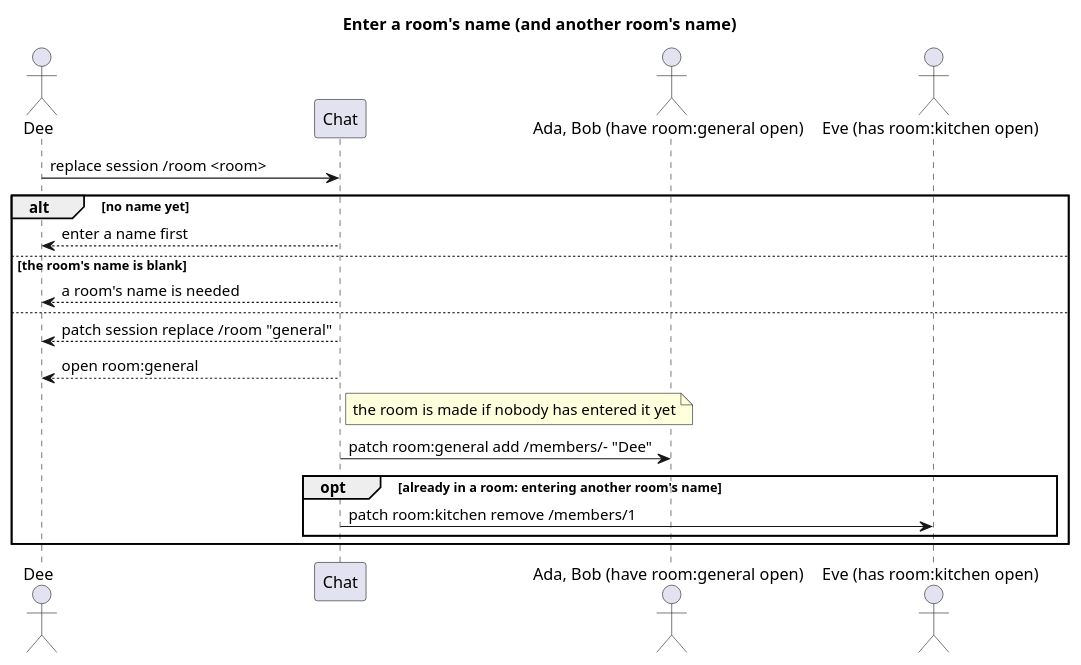
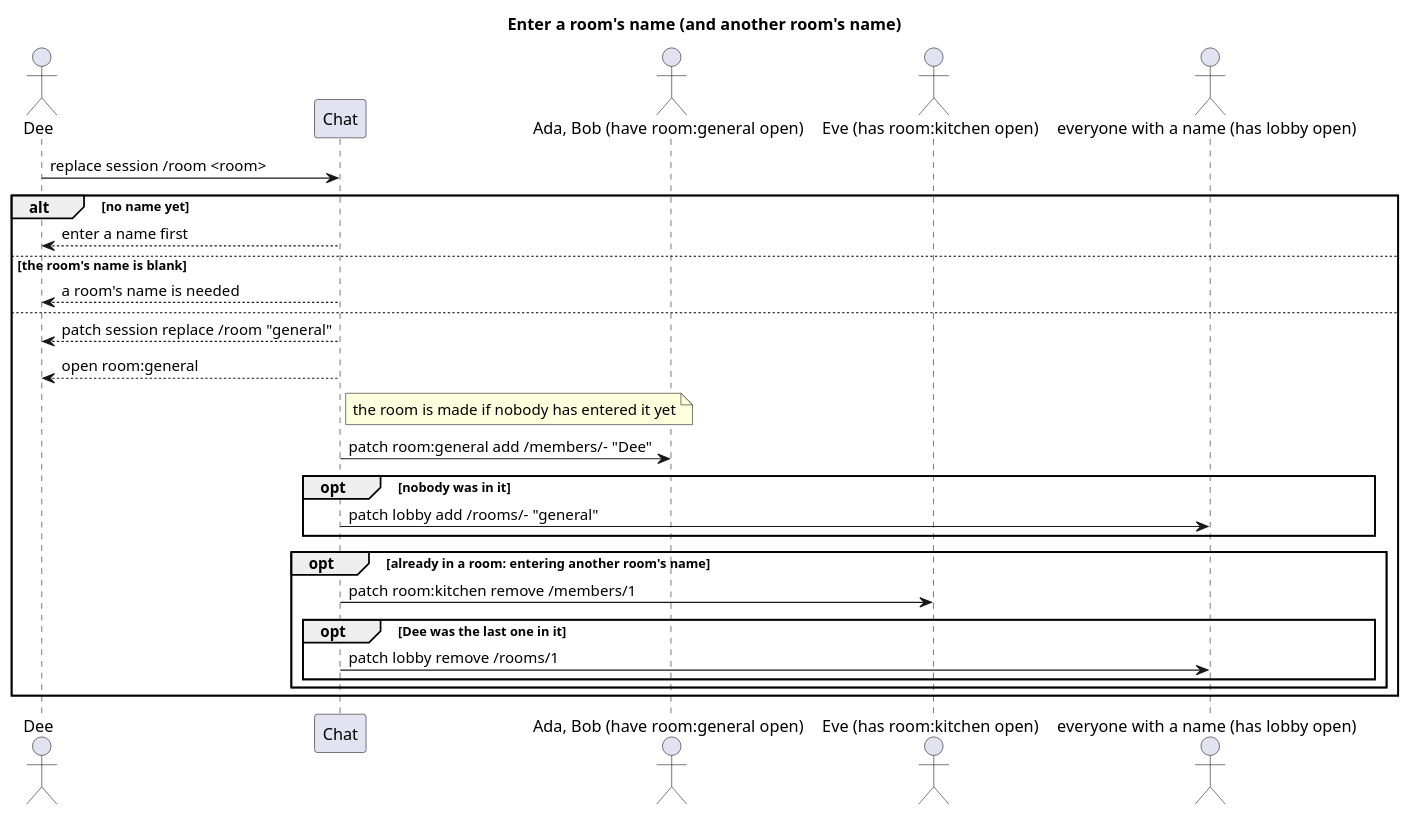
One commit to blueshed/dzql changed the diagram in uml/src/seq-enter-a-rooms-name.puml. Above: the diagram before and after it, drawn with PlantUML. The commit also changed 5 other files, not shown here.

Commit message:
uml: the lobby, a transient document -- the rooms with people in them now; opened once you have a name, changed only as an effect (a room gains its first person, a room loses its last), never written

```diff
--- a/uml/src/seq-enter-a-rooms-name.puml
+++ b/uml/src/seq-enter-a-rooms-name.puml
@@ -1,22 +1,29 @@
 @startuml
 title Enter a room's name (and another room's name)
 actor "Dee" as dee
 participant "Chat" as app
 actor "Ada, Bob (have room:general open)" as room
 actor "Eve (has room:kitchen open)" as old
+actor "everyone with a name (has lobby open)" as lobby
 
 dee -> app : replace session /room <room>
 alt no name yet
   app --> dee : enter a name first
 else the room's name is blank
   app --> dee : a room's name is needed
 else
   app --> dee : patch session replace /room "general"
   app --> dee : open room:general
   note right of app : the room is made if nobody has entered it yet
   app -> room : patch room:general add /members/- "Dee"
+  opt nobody was in it
+    app -> lobby : patch lobby add /rooms/- "general"
+  end
   opt already in a room: entering another room's name
     app -> old : patch room:kitchen remove /members/1
+    opt Dee was the last one in it
+      app -> lobby : patch lobby remove /rooms/1
+    end
   end
 end
 @enduml
```
